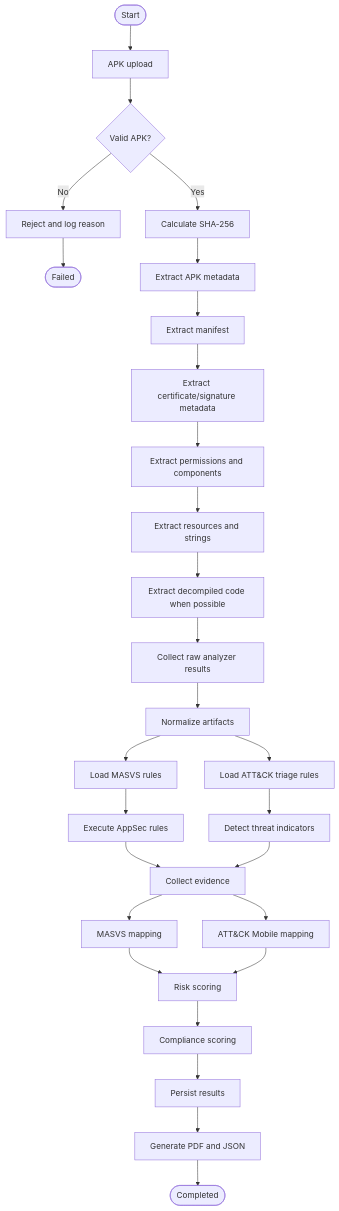
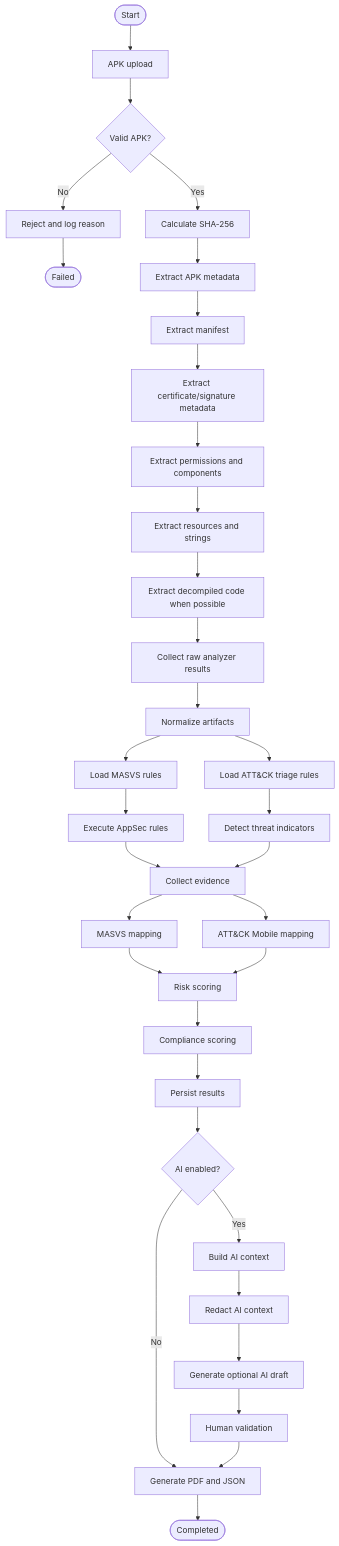
Before and after one commit to nine11-tech/MSAP: the second of 2 diagrams in docs/04_Design/08_Analysis_Pipeline.md, drawn with Mermaid. The commit also changed other lines of this file and 33 other files, not shown here.

````diff
--- a/docs/04_Design/08_Analysis_Pipeline.md
+++ b/docs/04_Design/08_Analysis_Pipeline.md
@@ -89,30 +90,36 @@
 ```mermaid
 flowchart TD
     Start([Start]) --> Upload[APK upload]
     Upload --> Validate{Valid APK?}
     Validate -- No --> Reject[Reject and log reason]
     Reject --> Fail([Failed])
     Validate -- Yes --> Hash[Calculate SHA-256]
     Hash --> Meta[Extract APK metadata]
     Meta --> Manifest[Extract manifest]
     Manifest --> Cert[Extract certificate/signature metadata]
     Cert --> Perms[Extract permissions and components]
     Perms --> Strings[Extract resources and strings]
     Strings --> Code[Extract decompiled code when possible]
     Code --> Raw[Collect raw analyzer results]
     Raw --> Norm[Normalize artifacts]
     Norm --> LoadMASVS[Load MASVS rules]
     Norm --> LoadATTCK[Load ATT&CK triage rules]
     LoadMASVS --> AppSec[Execute AppSec rules]
     LoadATTCK --> Triage[Detect threat indicators]
     AppSec --> Evidence[Collect evidence]
     Triage --> Evidence
     Evidence --> MapMASVS[MASVS mapping]
     Evidence --> MapATTCK[ATT&CK Mobile mapping]
     MapMASVS --> Risk[Risk scoring]
     MapATTCK --> Risk
     Risk --> Compliance[Compliance scoring]
     Compliance --> Persist[Persist results]
-    Persist --> Report[Generate PDF and JSON]
+    Persist --> AIEnabled{AI enabled?}
+    AIEnabled -- No --> Report[Generate PDF and JSON]
+    AIEnabled -- Yes --> AIContext[Build AI context]
+    AIContext --> AIRedact[Redact AI context]
+    AIRedact --> AIDraft[Generate optional AI draft]
+    AIDraft --> HumanReview[Human validation]
+    HumanReview --> Report
     Report --> Done([Completed])
 ```
````
